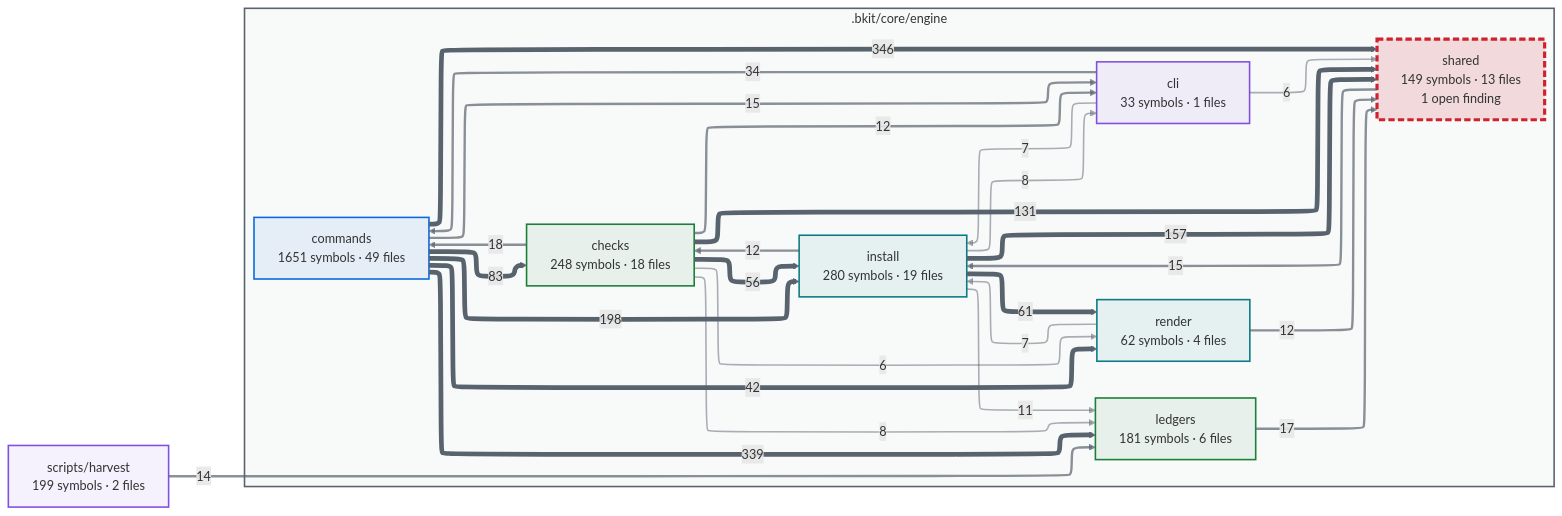
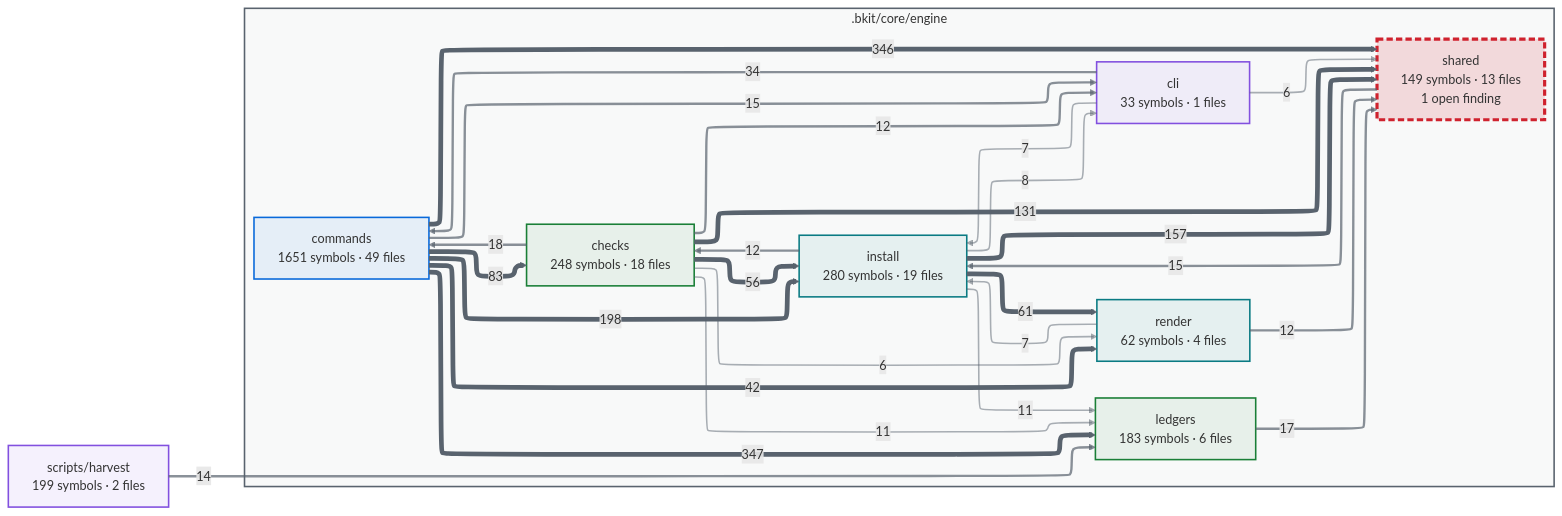
Before and after one commit to cbartens/bkit: the first of 2 diagrams in docs/capabilities.md, drawn with Mermaid. The commit also changed other lines of this file and 7 other files, not shown here.

````diff
--- a/docs/capabilities.md
+++ b/docs/capabilities.md
@@ -153,80 +153,80 @@
 ```mermaid
 ---
 config:
   layout: elk
   themeCSS: "marker { overflow: visible; } marker path { transform: scale(1.8); transform-origin: 5px 5px; }"
   flowchart:
     useMaxWidth: false
 ---
 flowchart LR
-  %% Generated by bkit-graphify-rollup.py from 3240b41c2983c1c6467a126881ca2c81c659a6ae — do not edit
+  %% Generated by bkit-graphify-rollup.py from 2f9146f6ef588a8c5ab7a885d94dba88d2c7e196 — do not edit
   subgraph gn_bkit_core_engine[".bkit/core/engine"]
     n_bkit_core_engine_checks["checks<br/>248 symbols · 18 files"]
     n_bkit_core_engine_cli["cli<br/>33 symbols · 1 files"]
     n_bkit_core_engine_commands["commands<br/>1651 symbols · 49 files"]
     n_bkit_core_engine_install["install<br/>280 symbols · 19 files"]
-    n_bkit_core_engine_ledgers["ledgers<br/>181 symbols · 6 files"]
+    n_bkit_core_engine_ledgers["ledgers<br/>183 symbols · 6 files"]
     n_bkit_core_engine_render["render<br/>62 symbols · 4 files"]
     n_bkit_core_engine_shared["shared<br/>149 symbols · 13 files<br/>1 open finding"]
   end
   nscripts_harvest["scripts/harvest<br/>199 symbols · 2 files"]
+  n_bkit_core_engine_commands -->|347| n_bkit_core_engine_ledgers
   n_bkit_core_engine_commands -->|346| n_bkit_core_engine_shared
-  n_bkit_core_engine_commands -->|339| n_bkit_core_engine_ledgers
   n_bkit_core_engine_commands -->|198| n_bkit_core_engine_install
   n_bkit_core_engine_install -->|157| n_bkit_core_engine_shared
   n_bkit_core_engine_checks -->|131| n_bkit_core_engine_shared
   n_bkit_core_engine_commands -->|83| n_bkit_core_engine_checks
   n_bkit_core_engine_install -->|61| n_bkit_core_engine_render
   n_bkit_core_engine_checks -->|56| n_bkit_core_engine_install
   n_bkit_core_engine_commands -->|42| n_bkit_core_engine_render
   n_bkit_core_engine_cli -->|34| n_bkit_core_engine_commands
   n_bkit_core_engine_checks -->|18| n_bkit_core_engine_commands
   n_bkit_core_engine_ledgers -->|17| n_bkit_core_engine_shared
   n_bkit_core_engine_shared -->|15| n_bkit_core_engine_install
   n_bkit_core_engine_commands -->|15| n_bkit_core_engine_cli
   nscripts_harvest -->|14| n_bkit_core_engine_ledgers
   n_bkit_core_engine_install -->|12| n_bkit_core_engine_checks
   n_bkit_core_engine_checks -->|12| n_bkit_core_engine_cli
   n_bkit_core_engine_render -->|12| n_bkit_core_engine_shared
+  n_bkit_core_engine_checks -->|11| n_bkit_core_engine_ledgers
   n_bkit_core_engine_install -->|11| n_bkit_core_engine_ledgers
-  n_bkit_core_engine_checks -->|8| n_bkit_core_engine_ledgers
   n_bkit_core_engine_install -->|8| n_bkit_core_engine_cli
   n_bkit_core_engine_cli -->|7| n_bkit_core_engine_install
   n_bkit_core_engine_render -->|7| n_bkit_core_engine_install
   n_bkit_core_engine_checks -->|6| n_bkit_core_engine_render
   n_bkit_core_engine_cli -->|6| n_bkit_core_engine_shared
   style gn_bkit_core_engine fill:#59636e0a,stroke:#59636e,stroke-width:2px
   style n_bkit_core_engine_checks stroke:#1a7f37,stroke-width:2px,fill:#1a7f3714
   style n_bkit_core_engine_cli stroke:#8250df,stroke-width:2px,fill:#8250df14
   style n_bkit_core_engine_commands stroke:#0969da,stroke-width:2px,fill:#0969da14
   style n_bkit_core_engine_install stroke:#0a7b83,stroke-width:2px,fill:#0a7b8314
   style n_bkit_core_engine_ledgers stroke:#1a7f37,stroke-width:2px,fill:#1a7f3714
   style n_bkit_core_engine_render stroke:#0a7b83,stroke-width:2px,fill:#0a7b8314
   style n_bkit_core_engine_shared stroke:#cf222e,stroke-width:4px,stroke-dasharray:8 4,fill:#cf222e26
   style nscripts_harvest stroke:#8250df,stroke-width:2px,fill:#8250df14
   linkStyle 0 stroke:#59636e,stroke-width:6px
   linkStyle 1 stroke:#59636e,stroke-width:6px
   linkStyle 2 stroke:#59636e,stroke-width:6px
   linkStyle 3 stroke:#59636e,stroke-width:6px
   linkStyle 4 stroke:#59636e,stroke-width:6px
   linkStyle 5 stroke:#59636e,stroke-width:6px
   linkStyle 6 stroke:#59636e,stroke-width:6px
   linkStyle 7 stroke:#59636e,stroke-width:6px
   linkStyle 8 stroke:#59636e,stroke-width:6px
   linkStyle 9 stroke:#59636eb3,stroke-width:3px
   linkStyle 10 stroke:#59636eb3,stroke-width:3px
   linkStyle 11 stroke:#59636eb3,stroke-width:3px
   linkStyle 12 stroke:#59636eb3,stroke-width:3px
   linkStyle 13 stroke:#59636eb3,stroke-width:3px
   linkStyle 14 stroke:#59636eb3,stroke-width:3px
   linkStyle 15 stroke:#59636eb3,stroke-width:3px
   linkStyle 16 stroke:#59636eb3,stroke-width:3px
   linkStyle 17 stroke:#59636eb3,stroke-width:3px
   linkStyle 18 stroke:#59636e80,stroke-width:2px
   linkStyle 19 stroke:#59636e80,stroke-width:2px
   linkStyle 20 stroke:#59636e80,stroke-width:2px
   linkStyle 21 stroke:#59636e80,stroke-width:2px
   linkStyle 22 stroke:#59636e80,stroke-width:2px
   linkStyle 23 stroke:#59636e80,stroke-width:2px
   linkStyle 24 stroke:#59636e80,stroke-width:2px
 ```
````
